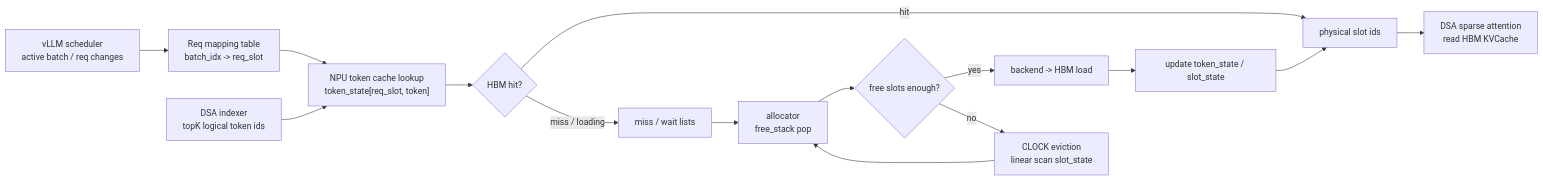
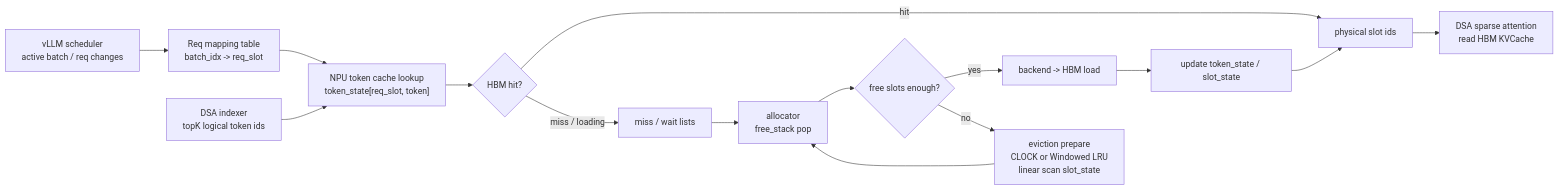
Before and after one commit to ykfnxx/ASU-Ascend: the first of 15 diagrams in docs/draft/2026-06-02-npu-hbm-kvcache-management-draft.md, drawn with Mermaid. The commit also changed other lines of this file, not shown here.

Commit message:
Document KVCache LRU eviction alternatives

````diff
--- a/docs/draft/2026-06-02-npu-hbm-kvcache-management-draft.md
+++ b/docs/draft/2026-06-02-npu-hbm-kvcache-management-draft.md
@@ -66,17 +67,17 @@
 ```mermaid
 flowchart LR
     V["vLLM scheduler<br/>active batch / req changes"] --> R["Req mapping table<br/>batch_idx -> req_slot"]
     I["DSA indexer<br/>topK logical token ids"] --> L["NPU token cache lookup<br/>token_state[req_slot, token]"]
     R --> L
     L --> H{"HBM hit?"}
     H -- "hit" --> P["physical slot ids"]
     H -- "miss / loading" --> M["miss / wait lists"]
     M --> A["allocator<br/>free_stack pop"]
     A --> E{"free slots enough?"}
     E -- "yes" --> IO["backend -> HBM load"]
-    E -- "no" --> C["CLOCK eviction<br/>linear scan slot_state"]
+    E -- "no" --> C["eviction prepare<br/>CLOCK or Windowed LRU<br/>linear scan slot_state"]
     C --> A
     IO --> U["update token_state / slot_state"]
     U --> P
     P --> S["DSA sparse attention<br/>read HBM KVCache"]
 ```
````
